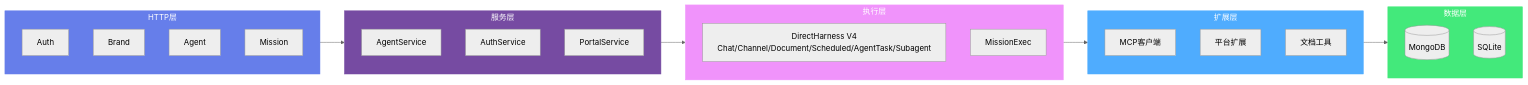
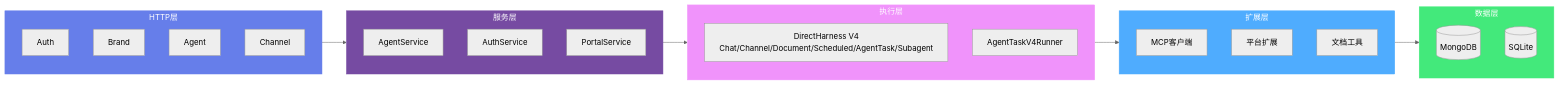
The first of 2 diagrams in docs/TEAM_SERVER.md (jsjm1986/AGIME), drawn with Mermaid (neutral theme) before and after one commit. The commit also changed other lines of this file and 18 other files, not shown here.

````diff
--- a/docs/TEAM_SERVER.md
+++ b/docs/TEAM_SERVER.md
@@ -9,39 +9,39 @@
 ```mermaid
 graph LR
     subgraph HTTP["HTTP层"]
         Auth[Auth]
         Brand[Brand]
         Agent[Agent]
-        Mission[Mission]
+        Channel[Channel]
     end
 
     subgraph Service["服务层"]
         AgentService[AgentService]
         AuthService[AuthService]
         PortalService[PortalService]
     end
 
     subgraph Execution["执行层"]
         DirectHarness[DirectHarness V4<br/>Chat/Channel/Document/Scheduled/AgentTask/Subagent]
-        MissionExec[MissionExec]
+        AgentTask[AgentTaskV4Runner]
     end
 
     subgraph Extension["扩展层"]
         McpConnector[MCP客户端]
         PlatformRunner[平台扩展]
         DocumentTools[文档工具]
     end
 
     subgraph Data["数据层"]
         MongoDB[(MongoDB)]
         SQLite[(SQLite)]
     end
 
     HTTP --> Service --> Execution --> Extension --> Data
 
     style HTTP fill:#667eea,stroke:#667eea,color:#ffffff
     style Service fill:#764ba2,stroke:#764ba2,color:#ffffff
     style Execution fill:#f093fb,stroke:#f093fb,color:#ffffff
     style Extension fill:#4facfe,stroke:#4facfe,color:#ffffff
     style Data fill:#43e97b,stroke:#43e97b,color:#ffffff
 ```
````
